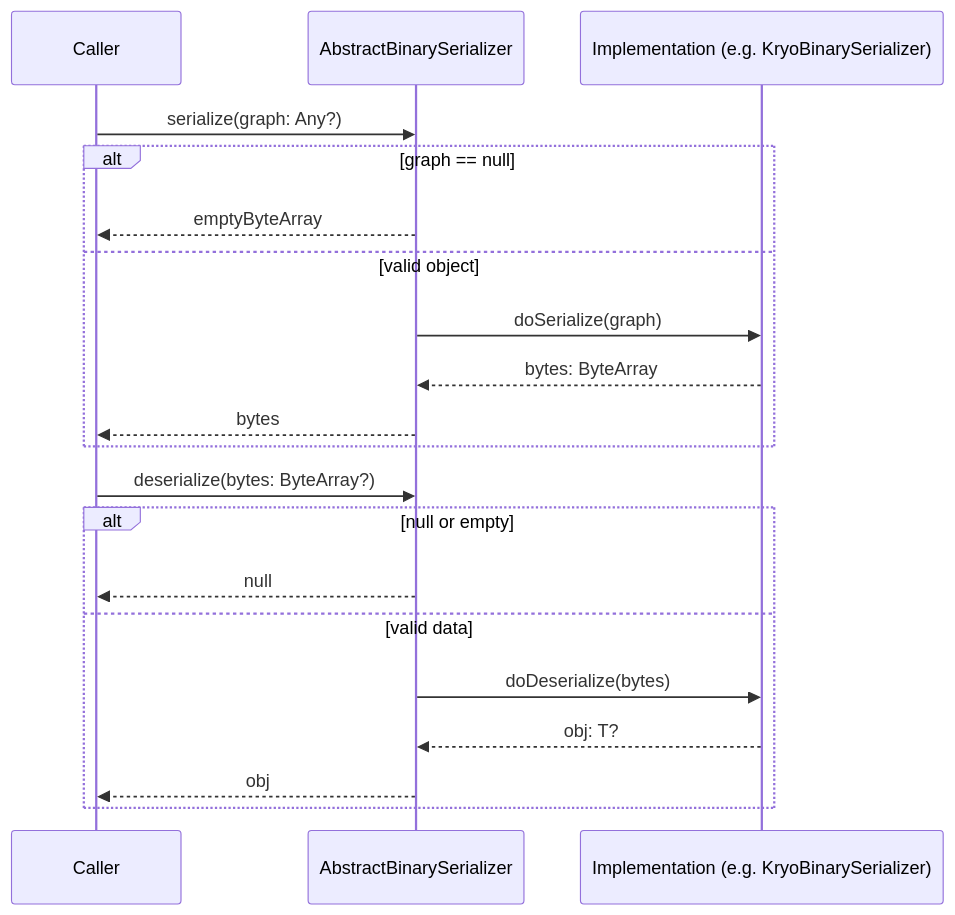
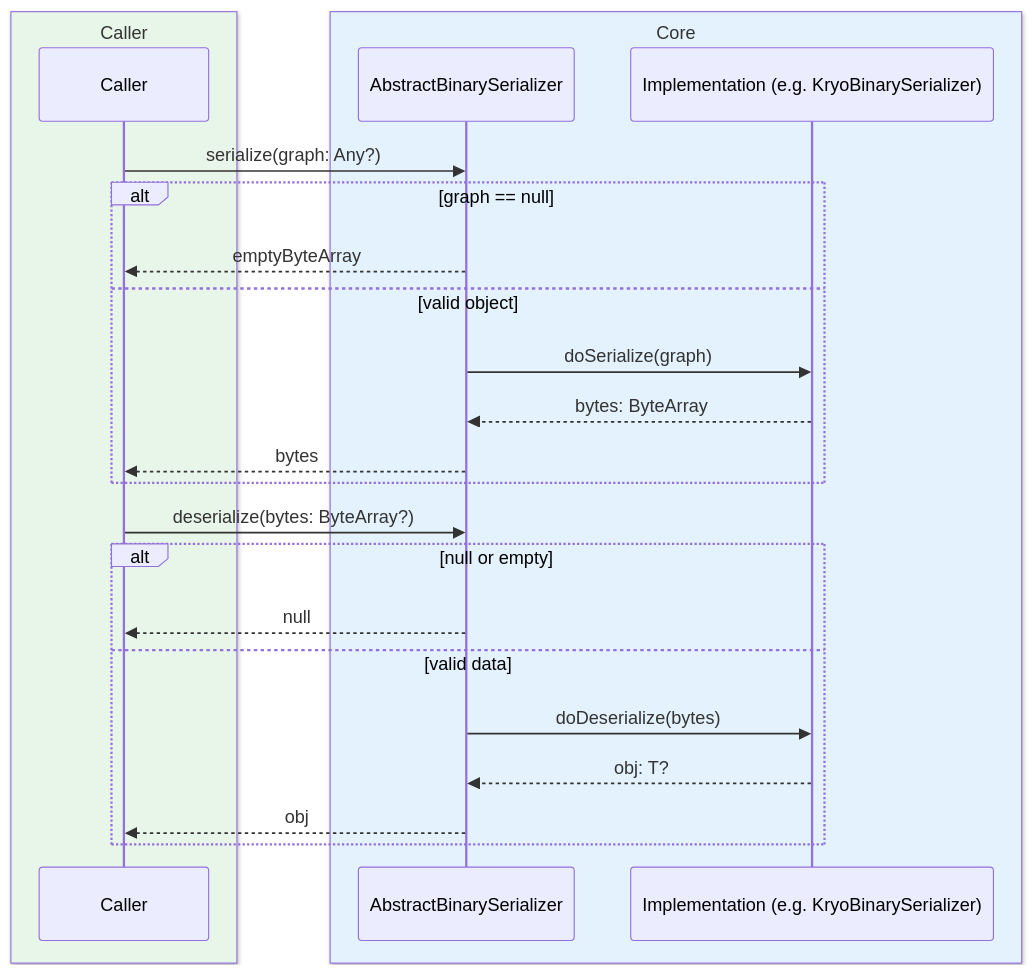
Before and after one commit to bluetape4k/bluetape4k-projects: the fourth of 7 diagrams in io/io/README.md, drawn with Mermaid. The commit also changed other lines of this file and 221 other files, not shown here.

First line of the commit message:
docs: 전체 모듈 README UML 다이어그램 보강 및 색상 업그레이드

````diff
--- a/io/io/README.md
+++ b/io/io/README.md
@@ -136,24 +166,28 @@
 ```mermaid
 sequenceDiagram
-    participant C as Caller
-    participant ABS as AbstractBinarySerializer
-    participant Impl as Implementation (e.g. KryoBinarySerializer)
+    box rgb(232, 245, 233) Caller
+        participant C as Caller
+    end
+    box rgb(227, 242, 253) Core
+        participant ABS as AbstractBinarySerializer
+        participant Impl as Implementation (e.g. KryoBinarySerializer)
+    end
 
     C->>ABS: serialize(graph: Any?)
     alt graph == null
         ABS-->>C: emptyByteArray
     else valid object
         ABS->>Impl: doSerialize(graph)
         Impl-->>ABS: bytes: ByteArray
         ABS-->>C: bytes
     end
 
     C->>ABS: deserialize(bytes: ByteArray?)
     alt null or empty
         ABS-->>C: null
     else valid data
         ABS->>Impl: doDeserialize(bytes)
         Impl-->>ABS: obj: T?
         ABS-->>C: obj
     end
 ```
````
